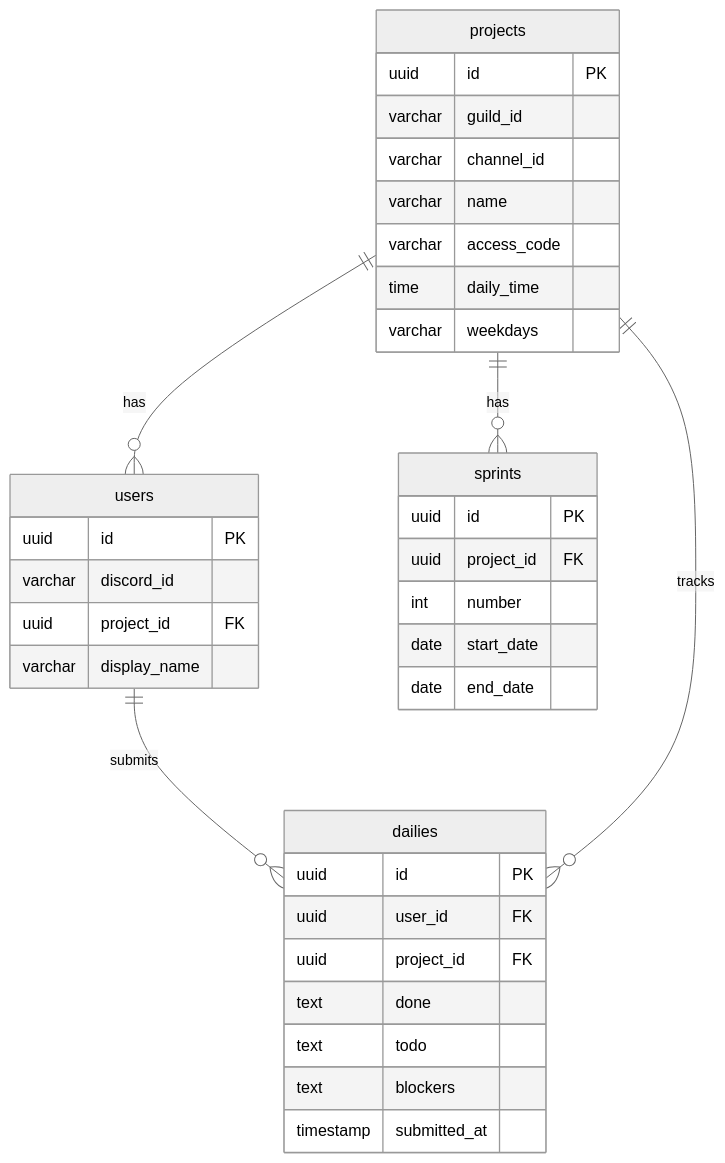
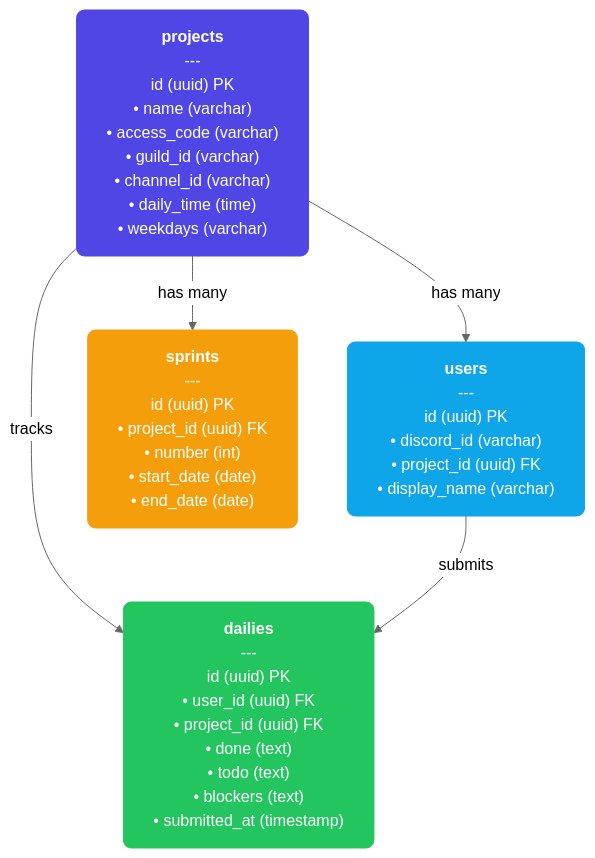
One commit to EduLoboM/BOMB changed the second of 2 diagrams in README.md. Above: the diagram before and after it, drawn with Mermaid (neutral theme). The commit also changed other lines of this file, not shown here.

Commit message:
Docs(README): Updates the architecture and folders and updates mermaid of the db

````diff
--- a/README.md
+++ b/README.md
@@ -142,42 +166,20 @@
 ```mermaid
-erDiagram
-    projects ||--o{ users : "has"
-    projects ||--o{ sprints : "has"
-    users ||--o{ dailies : "submits"
-    projects ||--o{ dailies : "tracks"
+flowchart TD
+    P["<b>projects</b><br/>---<br/>id (uuid) PK<br/>• name (varchar)<br/>• access_code (varchar)<br/>• guild_id (varchar)<br/>• channel_id (varchar)<br/>• daily_time (time)<br/>• weekdays (varchar)"]
+    
+    U["<b>users</b><br/>---<br/>id (uuid) PK<br/>• discord_id (varchar)<br/>• project_id (uuid) FK<br/>• display_name (varchar)"]
+    
+    S["<b>sprints</b><br/>---<br/>id (uuid) PK<br/>• project_id (uuid) FK<br/>• number (int)<br/>• start_date (date)<br/>• end_date (date)"]
+    
+    D["<b>dailies</b><br/>---<br/>id (uuid) PK<br/>• user_id (uuid) FK<br/>• project_id (uuid) FK<br/>• done (text)<br/>• todo (text)<br/>• blockers (text)<br/>• submitted_at (timestamp)"]
 
-    projects {
-        uuid id PK
-        varchar guild_id
-        varchar channel_id
-        varchar name
-        varchar access_code
-        time daily_time
-        varchar weekdays
-    }
+    P -->|has many| U
+    P -->|has many| S
+    P -->|tracks| D
+    U -->|submits| D
 
-    users {
-        uuid id PK
-        varchar discord_id
-        uuid project_id FK
-        varchar display_name
-    }
-
-    sprints {
-        uuid id PK
-        uuid project_id FK
-        int number
-        date start_date
-        date end_date
-    }
-
-    dailies {
-        uuid id PK
-        uuid user_id FK
-        uuid project_id FK
-        text done
-        text todo
-        text blockers
-        timestamp submitted_at
-    }
+    style P fill:#4f46e5,stroke:#4f46e5,color:#fff,rx:8px,ry:8px
+    style U fill:#0ea5e9,stroke:#0ea5e9,color:#fff,rx:8px,ry:8px
+    style S fill:#f59e0b,stroke:#f59e0b,color:#fff,rx:8px,ry:8px
+    style D fill:#22c55e,stroke:#22c55e,color:#fff,rx:8px,ry:8px
 ```
````
